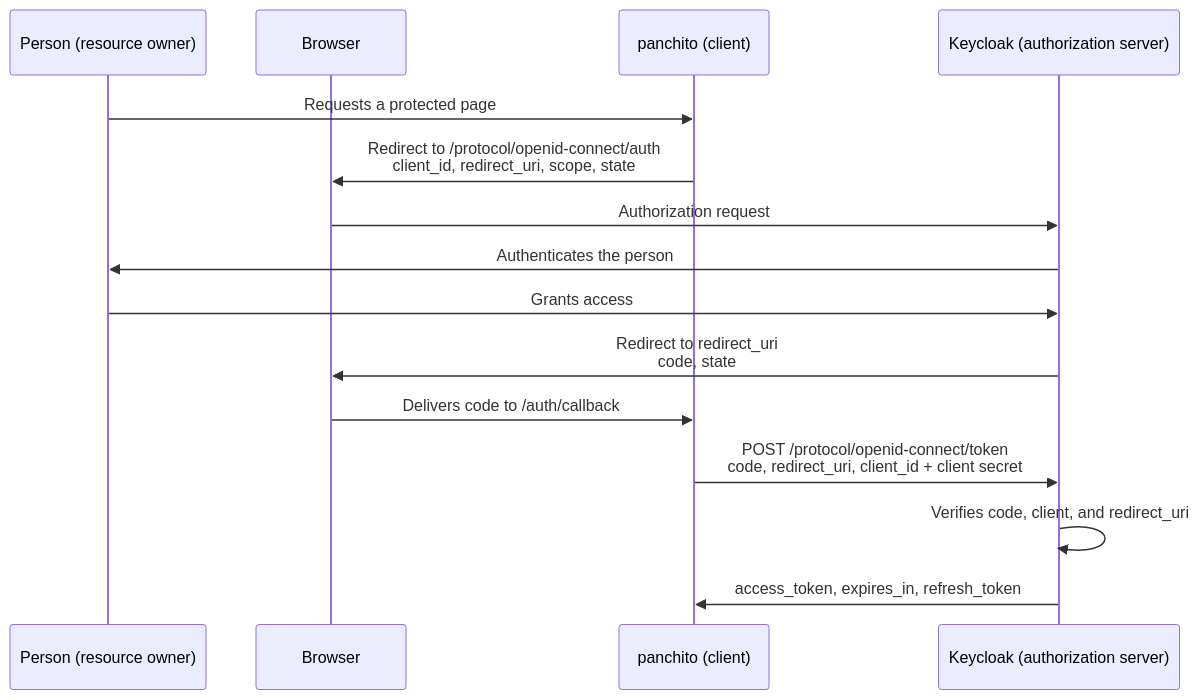
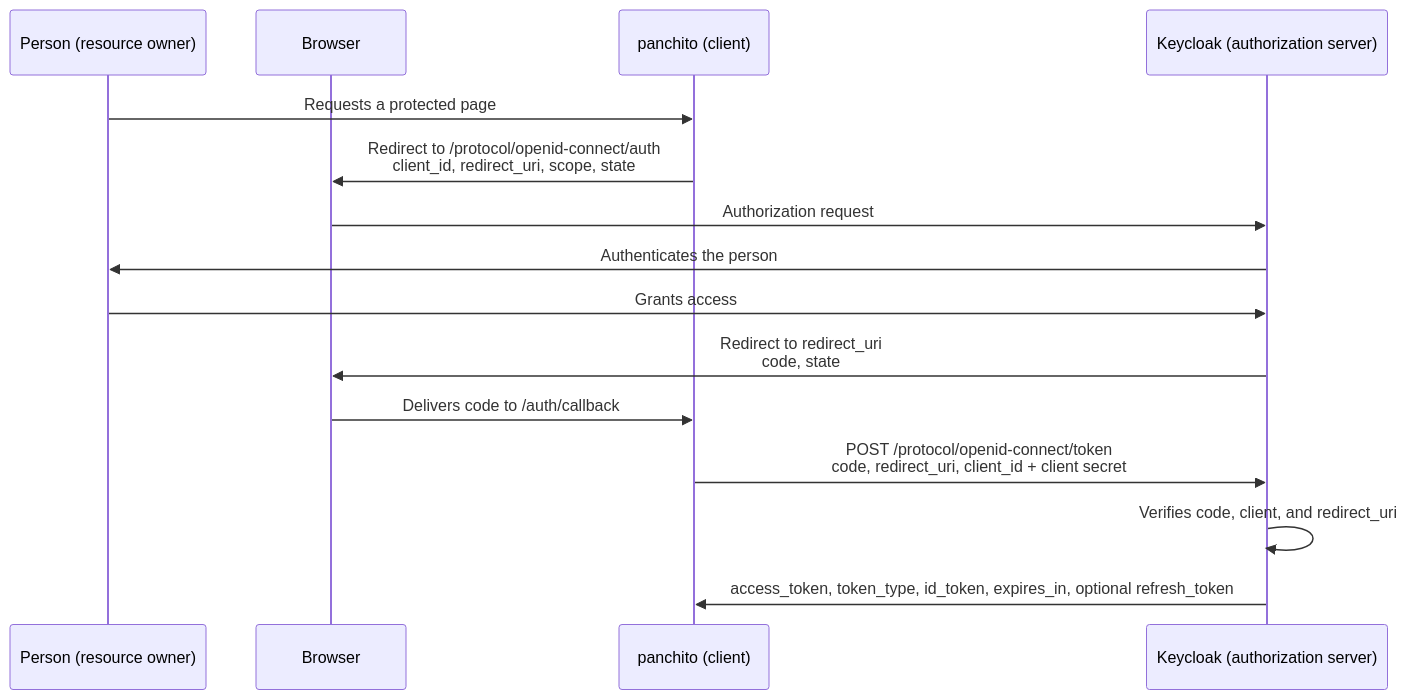
One commit to zavestudios/zavestudios changed the diagram in docs/studies/identity-and-trust/oauth-2-0.md. Above: the diagram before and after it, drawn with Mermaid. The commit also changed other lines of this file, not shown here.

````diff
--- a/docs/studies/identity-and-trust/oauth-2-0.md
+++ b/docs/studies/identity-and-trust/oauth-2-0.md
@@ -94,18 +95,18 @@
 ```mermaid
 sequenceDiagram
   participant RO as Person (resource owner)
   participant UA as Browser
   participant C as panchito (client)
   participant AS as Keycloak (authorization server)
 
   RO->>C: Requests a protected page
   C->>UA: Redirect to /protocol/openid-connect/auth<br/>client_id, redirect_uri, scope, state
   UA->>AS: Authorization request
   AS->>RO: Authenticates the person
   RO->>AS: Grants access
   AS->>UA: Redirect to redirect_uri<br/>code, state
   UA->>C: Delivers code to /auth/callback
   C->>AS: POST /protocol/openid-connect/token<br/>code, redirect_uri, client_id + client secret
   AS->>AS: Verifies code, client, and redirect_uri
-  AS->>C: access_token, expires_in, refresh_token
+  AS->>C: access_token, token_type, id_token, expires_in, optional refresh_token
 ```
````
